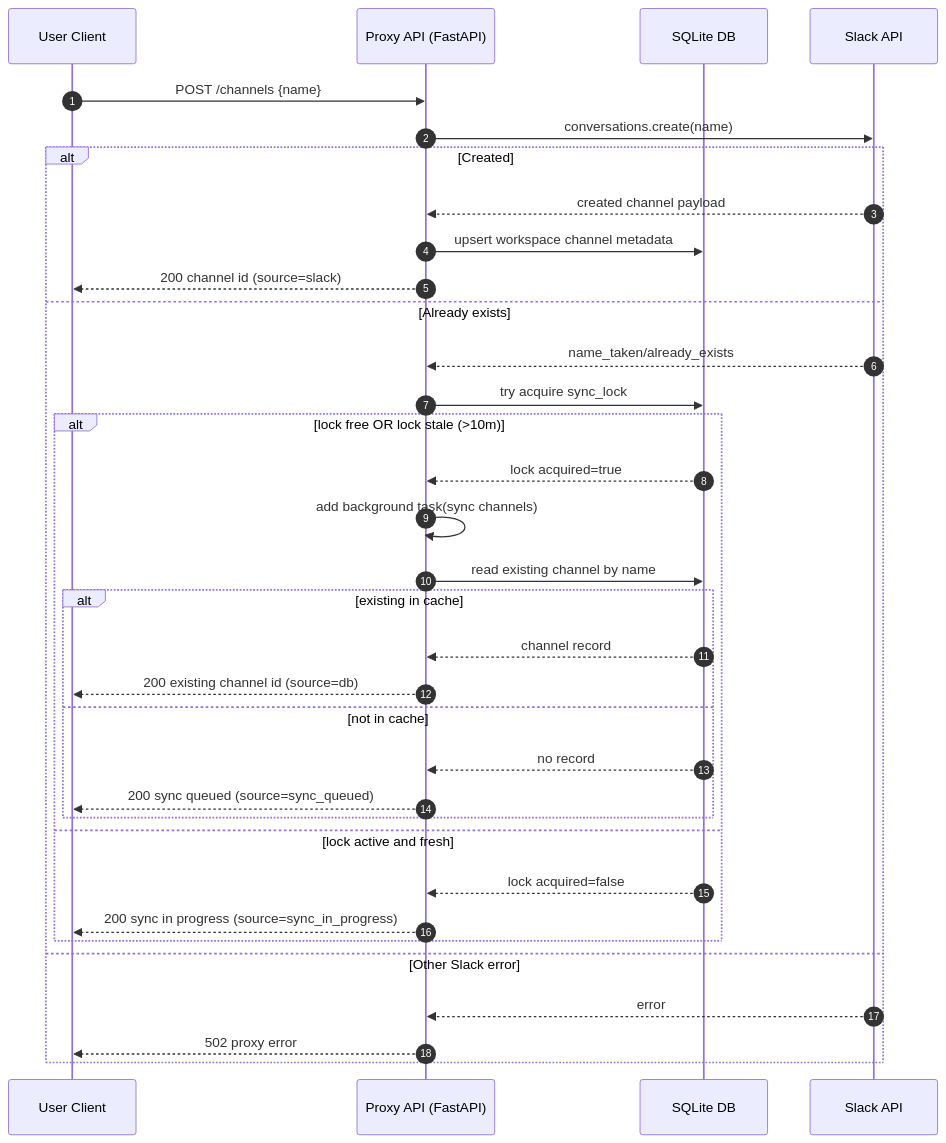
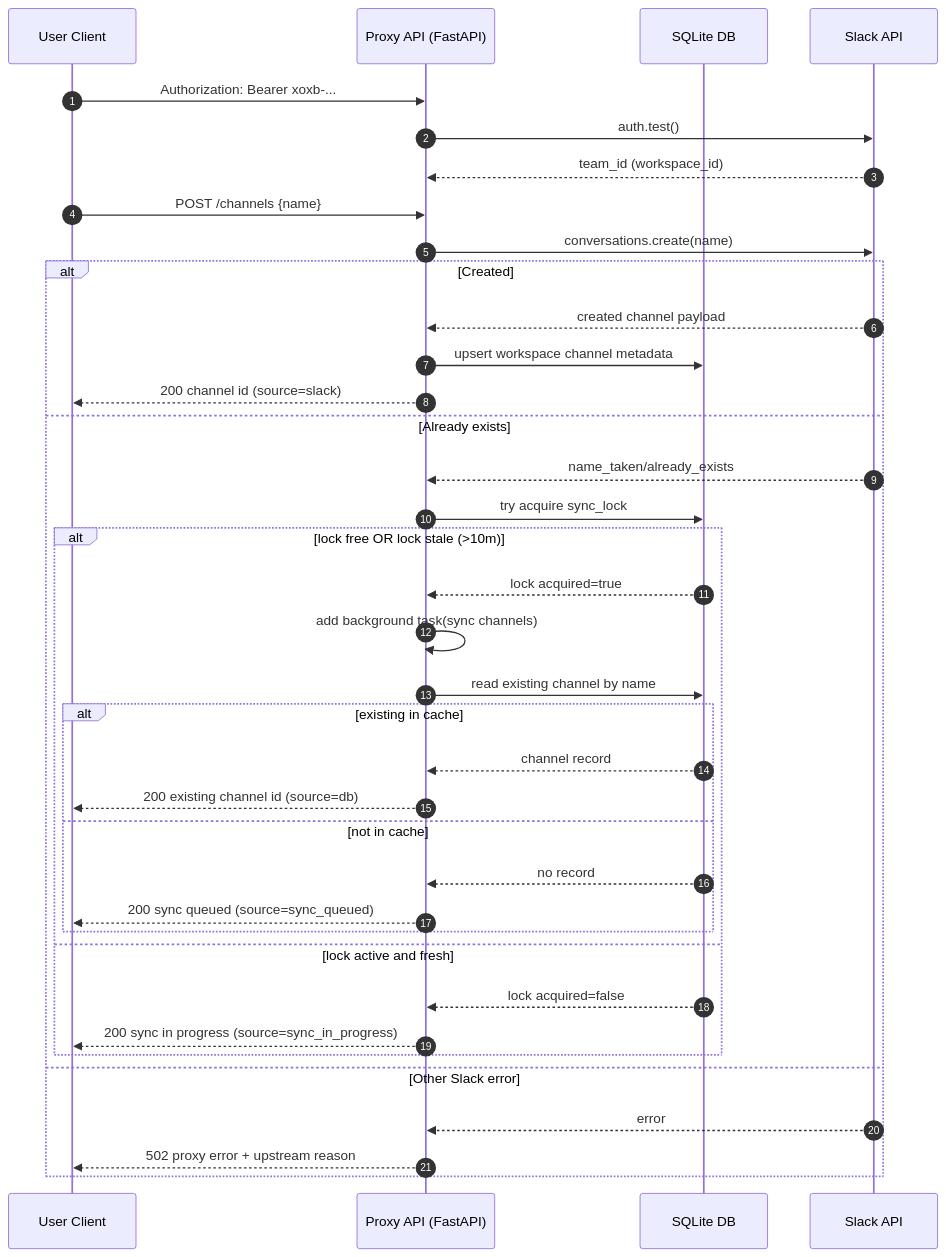
Before and after one commit to jha-hitesh/slack-channels-proxy: the second of 4 diagrams in flow.md, drawn with Mermaid. The commit also changed other lines of this file and 18 other files, not shown here.

````diff
--- a/flow.md
+++ b/flow.md
@@ -26,37 +27,40 @@
 ```mermaid
 sequenceDiagram
   autonumber
   participant U as User Client
   participant P as Proxy API (FastAPI)
   participant D as SQLite DB
   participant S as Slack API
 
+  U->>P: Authorization: Bearer xoxb-...
+  P->>S: auth.test()
+  S-->>P: team_id (workspace_id)
   U->>P: POST /channels {name}
   P->>S: conversations.create(name)
   alt Created
     S-->>P: created channel payload
     P->>D: upsert workspace channel metadata
     P-->>U: 200 channel id (source=slack)
   else Already exists
     S-->>P: name_taken/already_exists
     P->>D: try acquire sync_lock
     alt lock free OR lock stale (>10m)
       D-->>P: lock acquired=true
       P->>P: add background task(sync channels)
       P->>D: read existing channel by name
       alt existing in cache
         D-->>P: channel record
         P-->>U: 200 existing channel id (source=db)
       else not in cache
         D-->>P: no record
         P-->>U: 200 sync queued (source=sync_queued)
       end
     else lock active and fresh
       D-->>P: lock acquired=false
       P-->>U: 200 sync in progress (source=sync_in_progress)
     end
   else Other Slack error
     S-->>P: error
-    P-->>U: 502 proxy error
+    P-->>U: 502 proxy error + upstream reason
   end
 ```
````
